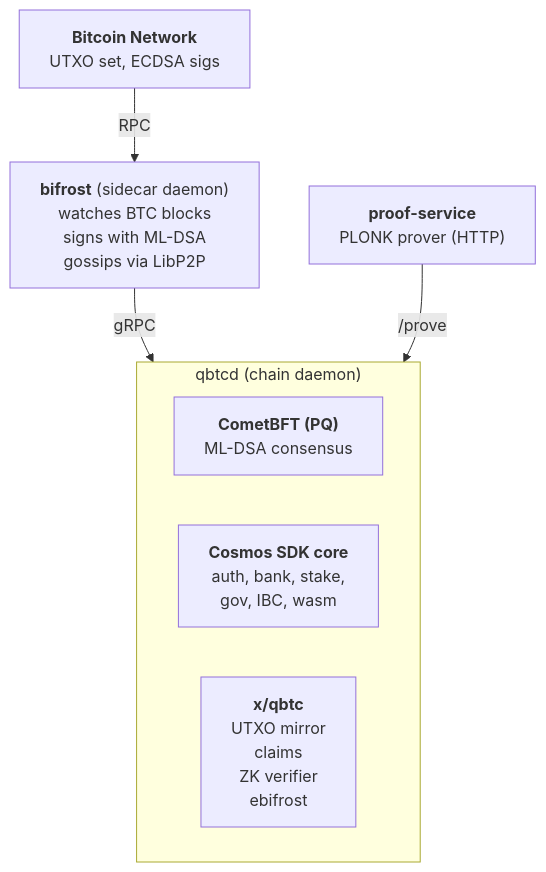
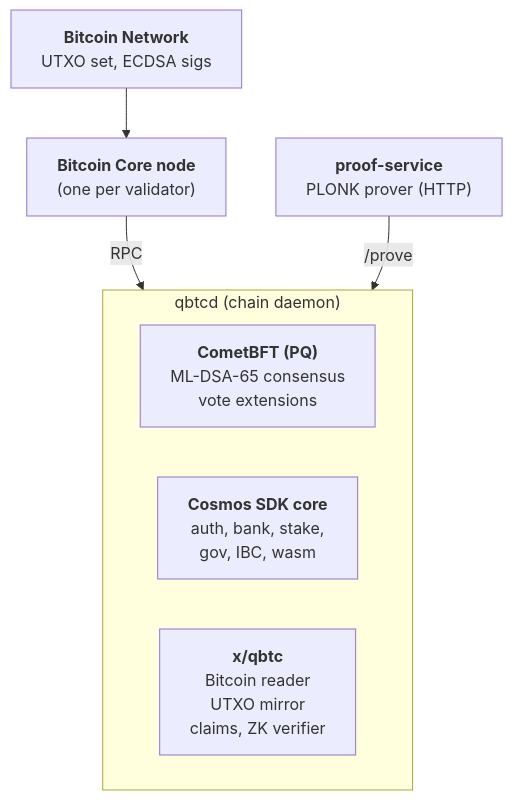
One commit to btcq-org/docs changed the diagram in build/architecture.md. Above: the diagram before and after it, drawn with Mermaid. The commit also changed other lines of this file and 20 other files, not shown here.

````diff
--- a/build/architecture.md
+++ b/build/architecture.md
@@ -12,16 +12,16 @@
-```mermaid
+```mermaid actions={false}
 flowchart TD
     BTC["<b>Bitcoin Network</b><br/>UTXO set, ECDSA sigs"]
-    BIF["<b>bifrost</b> (sidecar daemon)<br/>watches BTC blocks<br/>signs with ML-DSA<br/>gossips via LibP2P"]
+    BTCN["<b>Bitcoin Core node</b><br/>(one per validator)"]
     subgraph QBTCD["qbtcd (chain daemon)"]
         direction LR
-        CMT["<b>CometBFT (PQ)</b><br/>ML-DSA consensus"]
+        CMT["<b>CometBFT (PQ)</b><br/>ML-DSA-65 consensus<br/>vote extensions"]
         SDK["<b>Cosmos SDK core</b><br/>auth, bank, stake,<br/>gov, IBC, wasm"]
-        XQ["<b>x/qbtc</b><br/>UTXO mirror<br/>claims<br/>ZK verifier<br/>ebifrost"]
+        XQ["<b>x/qbtc</b><br/>Bitcoin reader<br/>UTXO mirror<br/>claims, ZK verifier"]
     end
     PS["<b>proof-service</b><br/>PLONK prover (HTTP)"]
 
-    BTC -->|RPC| BIF
-    BIF -->|gRPC| QBTCD
+    BTC --> BTCN
+    BTCN -->|RPC| XQ
     PS -->|/prove| QBTCD
 ```
````
